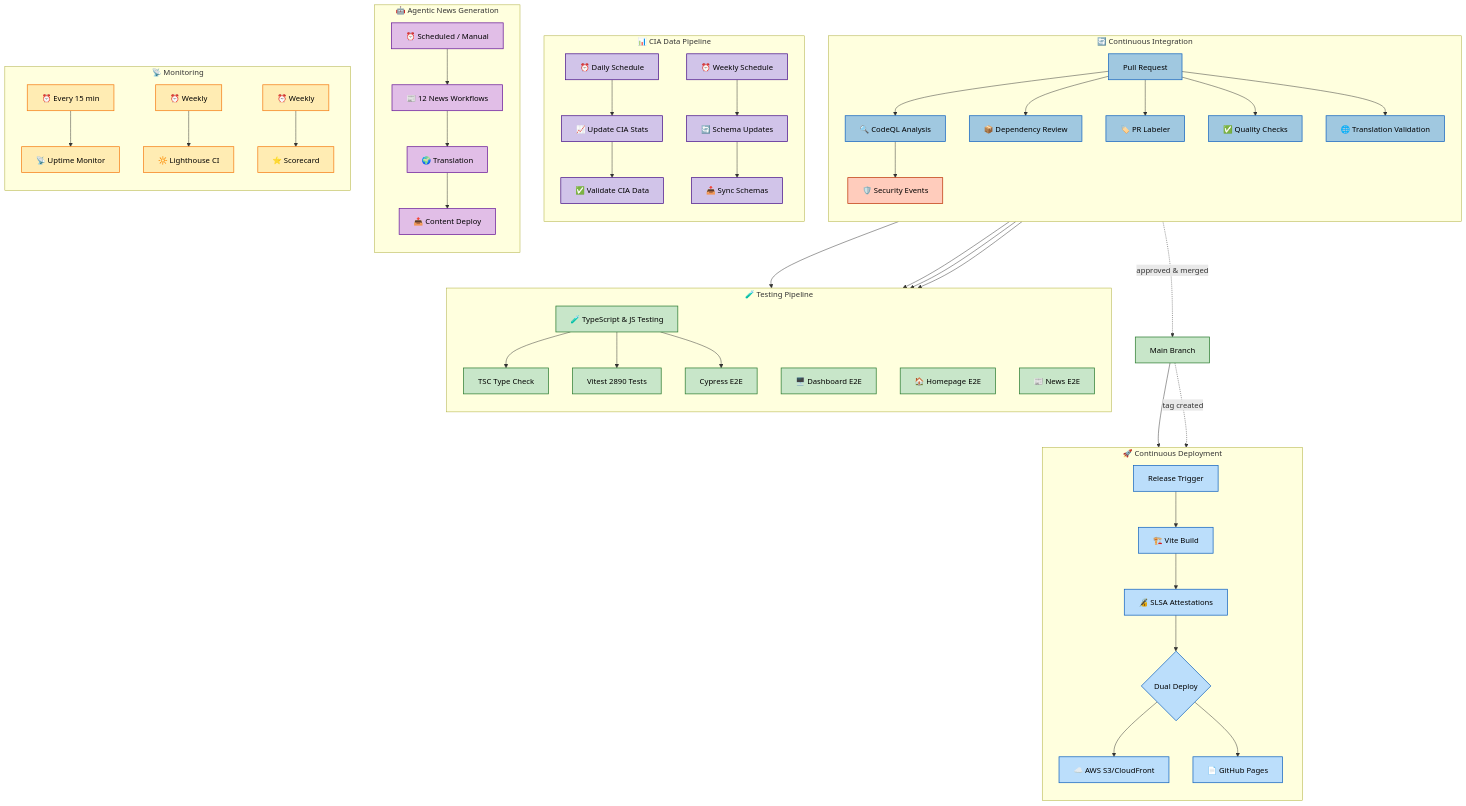
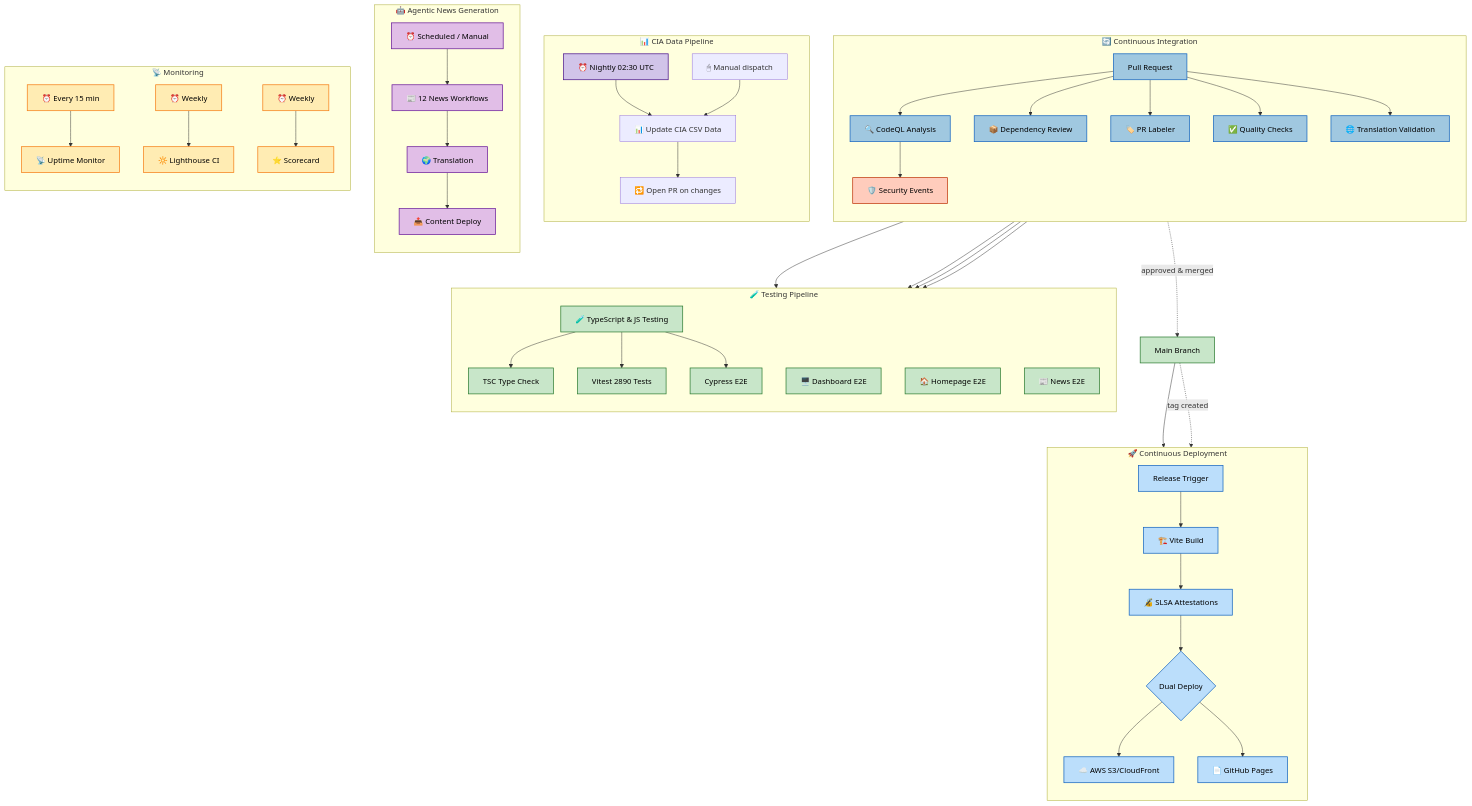
Before and after one commit to Hack23/riksdagsmonitor: the fourth of 13 diagrams in WORKFLOWS.md, drawn with Mermaid. The commit also changed other lines of this file and 6 other files, not shown here.

First line of the commit message:
refactor(workflows): replace 5 legacy CIA workflows with one nightly CSV refresh + update WORKFLOWS.md

````diff
--- a/WORKFLOWS.md
+++ b/WORKFLOWS.md
@@ -340,76 +332,75 @@
 ```mermaid
 flowchart TB
     subgraph "🔄 Continuous Integration"
         direction TB
         PR[Pull Request] --> CodeQLScan[🔍 CodeQL Analysis]
         PR --> DependencyReview[📦 Dependency Review]
         PR --> Labeler[🏷️ PR Labeler]
         PR --> QualityChecks[✅ Quality Checks]
         PR --> TranslationVal[🌐 Translation Validation]
         CodeQLScan --> SecurityEvents[🛡️ Security Events]
     end
 
     subgraph "🧪 Testing Pipeline"
         direction TB
         PR --> UnitTests[🧪 TypeScript & JS Testing]
         UnitTests --> TypeCheck[TSC Type Check]
         UnitTests --> Vitest[Vitest 2890 Tests]
         UnitTests --> CypressE2E[Cypress E2E]
         PR --> DashboardE2E[🖥️ Dashboard E2E]
         PR --> HomepageE2E[🏠 Homepage E2E]
         PR --> NewsE2E[📰 News E2E]
     end
 
     subgraph "📊 CIA Data Pipeline"
         direction TB
-        Schedule1[⏰ Daily Schedule] --> CIAStats[📈 Update CIA Stats]
-        Schedule2[⏰ Weekly Schedule] --> SchemaCheck[🔄 Schema Updates]
-        CIAStats --> DataValidation[✅ Validate CIA Data]
-        SchemaCheck --> SchemaSync[📥 Sync Schemas]
+        Schedule1[⏰ Nightly 02:30 UTC] --> CIACsv[📊 Update CIA CSV Data]
+        ManualTrig[🖱 Manual dispatch] --> CIACsv
+        CIACsv --> CIAPR[🔁 Open PR on changes]
     end
 
     subgraph "🚀 Continuous Deployment"
         direction TB
         Release[Release Trigger] --> Build[🏗️ Vite Build]
         Build --> Attestations[🔏 SLSA Attestations]
         Attestations --> DualDeploy{Dual Deploy}
         DualDeploy --> S3Deploy[☁️ AWS S3/CloudFront]
         DualDeploy --> GHPages[📄 GitHub Pages]
     end
 
     subgraph "🤖 Agentic News Generation"
         direction TB
         AgenticTrigger[⏰ Scheduled / Manual] --> NewsGen[📰 12 News Workflows]
         NewsGen --> Translate[🌍 Translation]
         Translate --> ContentDeploy[📤 Content Deploy]
     end
 
     subgraph "📡 Monitoring"
         direction TB
         Cron15[⏰ Every 15 min] --> Uptime[📡 Uptime Monitor]
         WeeklyLH[⏰ Weekly] --> Lighthouse[🔆 Lighthouse CI]
         WeeklyScore[⏰ Weekly] --> Scorecard[⭐ Scorecard]
     end
 
     PR -.-> |"approved & merged"| main[Main Branch]
     main --> S3Deploy
     main -.-> |"tag created"| Release
 
     classDef integration fill:#a0c8e0,stroke:#1565c0,stroke-width:1.5px,color:black
     classDef testing fill:#c8e6c9,stroke:#2e7d32,stroke-width:1.5px,color:black
     classDef deployment fill:#bbdefb,stroke:#1565c0,stroke-width:1.5px,color:black
     classDef security fill:#ffccbc,stroke:#bf360c,stroke-width:1.5px,color:black
     classDef datapipeline fill:#d1c4e9,stroke:#4a148c,stroke-width:1.5px,color:black
     classDef agentic fill:#e1bee7,stroke:#6a1b9a,stroke-width:1.5px,color:black
     classDef monitoring fill:#ffecb3,stroke:#f57f17,stroke-width:1.5px,color:black
     classDef process fill:#c8e6c9,stroke:#2e7d32,stroke-width:1.5px,color:black
 
     class PR,CodeQLScan,DependencyReview,Labeler,QualityChecks,TranslationVal integration
     class UnitTests,TypeCheck,Vitest,CypressE2E,DashboardE2E,HomepageE2E,NewsE2E testing
     class Release,Build,Attestations,DualDeploy,S3Deploy,GHPages deployment
     class SecurityEvents security
     class Schedule1,Schedule2,CIAStats,SchemaCheck,DataValidation,SchemaSync datapipeline
     class AgenticTrigger,NewsGen,Translate,ContentDeploy agentic
     class Cron15,WeeklyLH,WeeklyScore,Uptime,Lighthouse,Scorecard monitoring
     class main process
 ```
````
